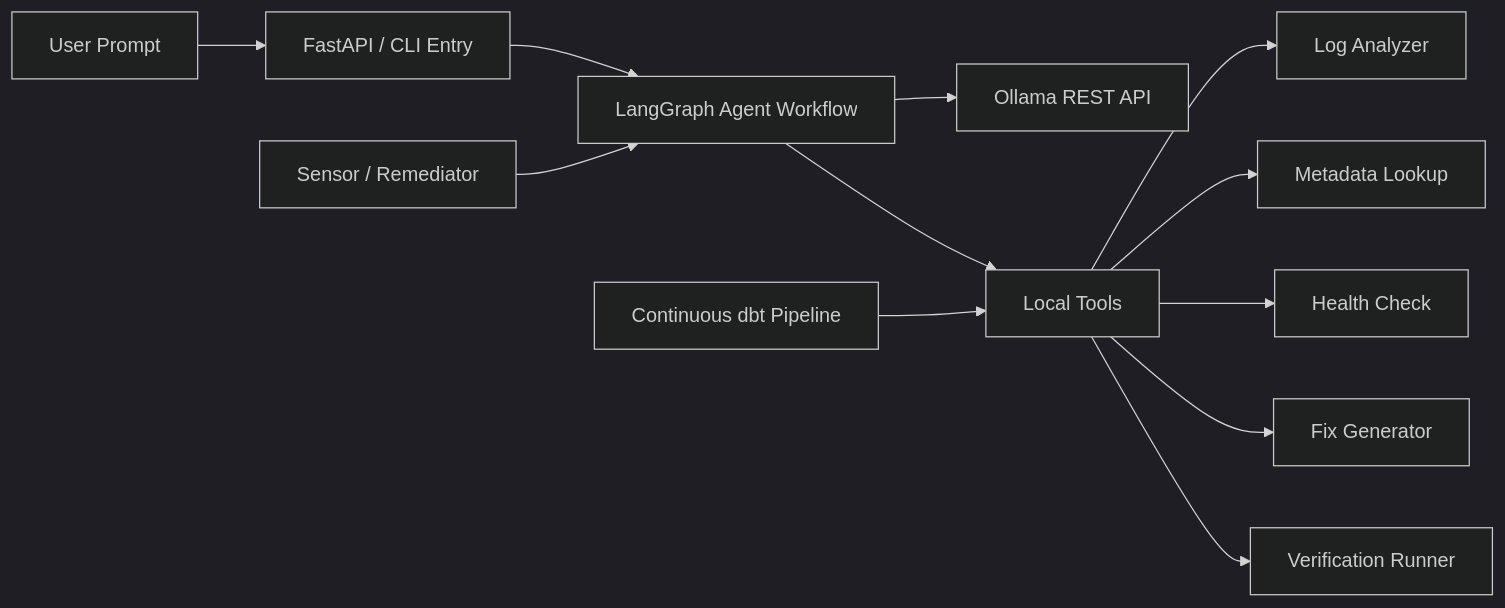
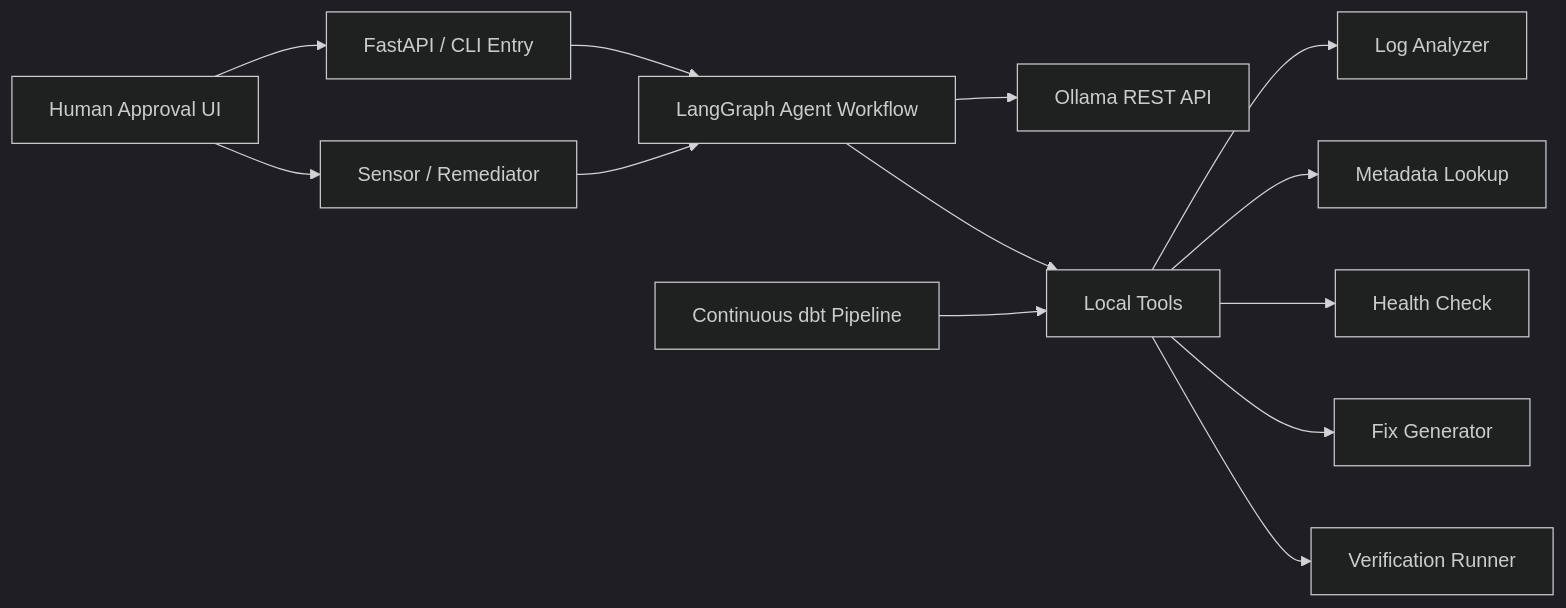
The first of 4 diagrams in agentic-ai-ollama-demo/README.md (unneeks/agent-demo-de), drawn with Mermaid (dark theme) before and after one commit. The commit also changed other lines of this file and 27 other files, not shown here.

````diff
--- a/agentic-ai-ollama-demo/README.md
+++ b/agentic-ai-ollama-demo/README.md
@@ -135,14 +141,15 @@
 ```mermaid
 flowchart LR
     U["User Prompt"] --> A["FastAPI / CLI Entry"]
     A --> G["LangGraph Agent Workflow"]
     G --> O["Ollama REST API"]
     G --> T["Local Tools"]
     T --> L["Log Analyzer"]
     T --> M["Metadata Lookup"]
     T --> H["Health Check"]
     T --> F["Fix Generator"]
     T --> V["Verification Runner"]
     P["Continuous dbt Pipeline"] --> T
     S["Sensor / Remediator"] --> G
+    U["Human Approval UI"] --> S
 ```
````
